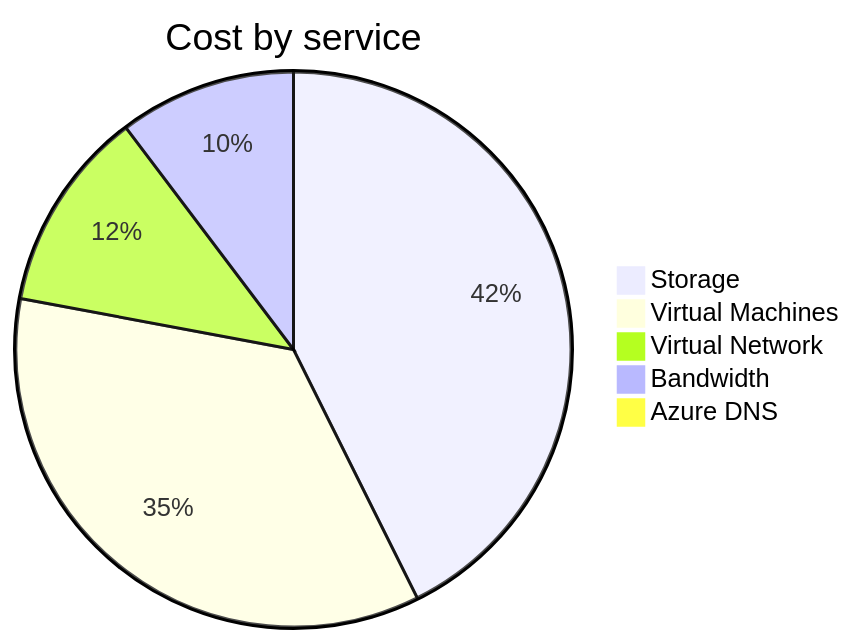
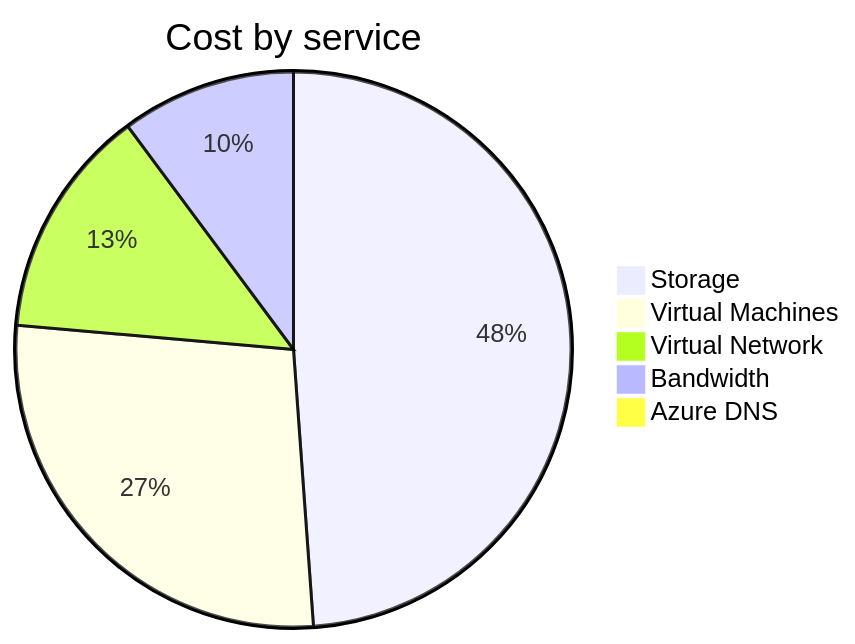
The second of 4 diagrams in cost-reports/personal-network/README.md (jpfulton/azure-personal-reports), drawn with Mermaid before and after one commit. The commit also changed other lines of this file and 8 other files, not shown here.

````diff
--- a/cost-reports/personal-network/README.md
+++ b/cost-reports/personal-network/README.md
@@ -97,9 +97,9 @@
 ```mermaid
 pie
    title Cost by service
-   "Storage" : 0.58
-   "Virtual Machines" : 0.48
-   "Virtual Network" : 0.16
-   "Bandwidth" : 0.14
-   "Azure DNS" : 0.01
+   "Storage" : 1.49
+   "Virtual Machines" : 0.84
+   "Virtual Network" : 0.41
+   "Bandwidth" : 0.31
+   "Azure DNS" : 0.03
 ```
````
